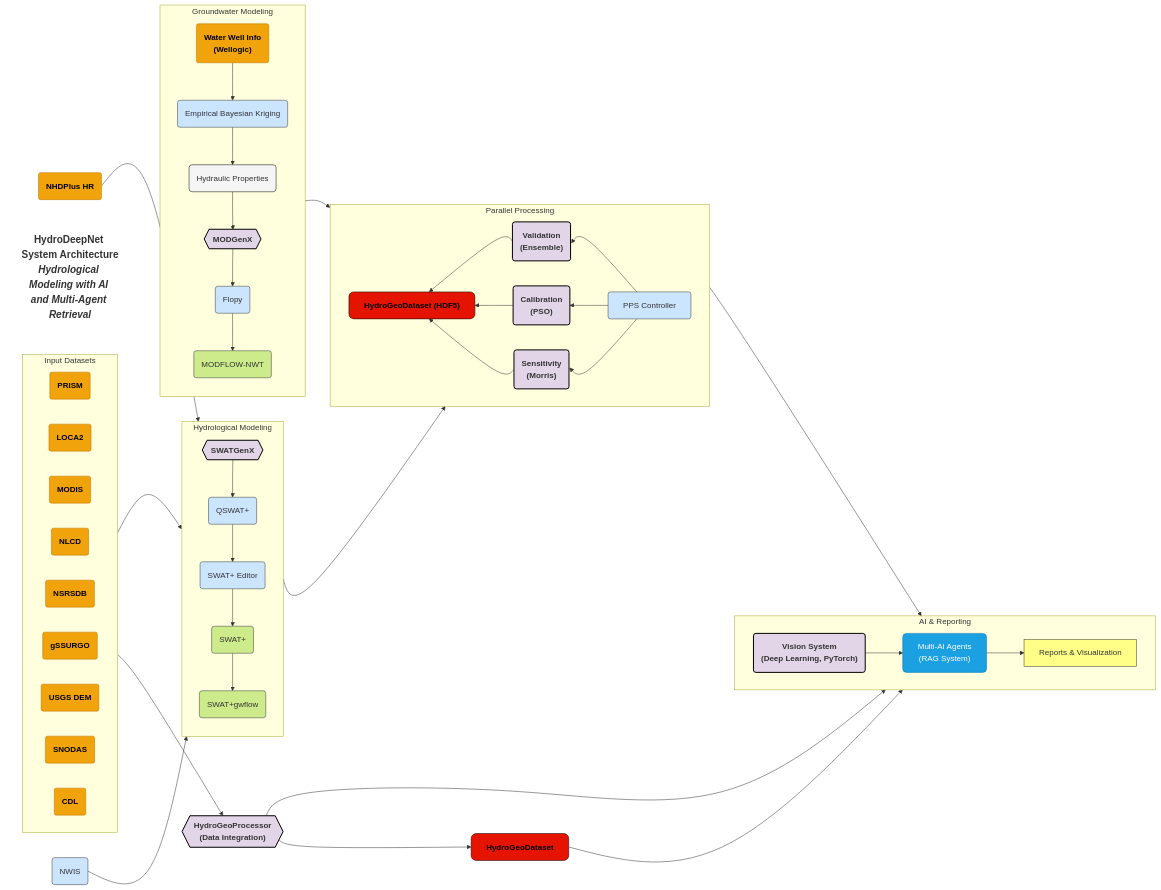
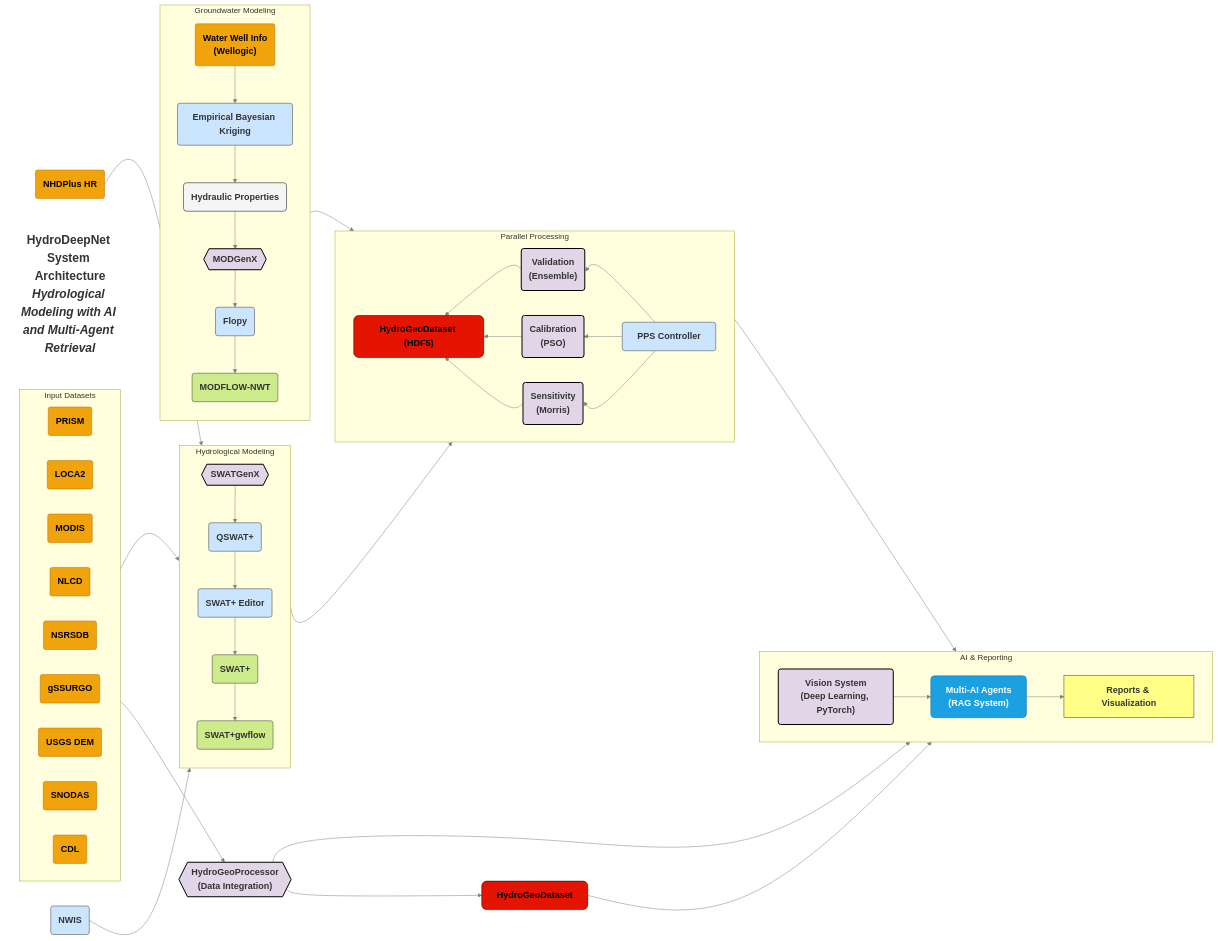
The diagram in README.md (VahidMSU/HydroDeepNet), drawn with Mermaid before and after one commit.

Commit message:
Fix Mermaid rendering issue

````diff
--- a/README.md
+++ b/README.md
@@ -124,13 +124,14 @@
     MultiAI --> Reports
 
     %% STYLING
-    classDef title font-size:20px,fill:none,stroke:none,font-weight:bold,text-align:center
-    classDef developed fill:#e1d5e7,stroke:#000000,stroke-width:2px,rx:5,ry:5,font-weight:bold
-    classDef existing fill:#cce5ff,stroke:#36393d,stroke-width:1px,rx:5,ry:5
-    classDef models fill:#cdeb8b,stroke:#36393d,stroke-width:1px,rx:5,ry:5
-    classDef datasource fill:#f0a30a,stroke:#BD7000,stroke-width:1px,rx:4,ry:4,color:#000000,font-weight:bold
-    classDef process fill:#f5f5f5,stroke:#000000,stroke-width:1px,rx:6,ry:6
-    classDef storage fill:#e51400,stroke:#000000,stroke-width:1px,rx:10,ry:10,color:#000000,font-weight:bold
-    classDef llm fill:#1ba1e2,stroke:#006EAF,stroke-width:1px,rx:8,ry:8,color:white
-    classDef document fill:#ffff88,stroke:#36393d,stroke-width:1px
+    classDef title font-size:24px,fill:none,stroke:none,font-weight:bold,text-align:center
+    classDef developed font-size:18px,fill:#e1d5e7,stroke:#000000,stroke-width:2px,rx:5,ry:5,font-weight:bold
+    classDef existing font-size:18px,fill:#cce5ff,stroke:#36393d,stroke-width:1px,rx:5,ry:5,font-weight:bold
+    classDef models font-size:18px,fill:#cdeb8b,stroke:#36393d,stroke-width:1px,rx:5,ry:5,font-weight:bold
+    classDef datasource font-size:18px,fill:#f0a30a,stroke:#BD7000,stroke-width:1px,rx:4,ry:4,color:#000000,font-weight:bold
+    classDef process font-size:18px,fill:#f5f5f5,stroke:#000000,stroke-width:1px,rx:6,ry:6,font-weight:bold
+    classDef storage font-size:18px,fill:#e51400,stroke:#000000,stroke-width:1px,rx:10,ry:10,color:#000000,font-weight:bold
+    classDef llm font-size:18px,fill:#1ba1e2,stroke:#006EAF,stroke-width:1px,rx:8,ry:8,color:white,font-weight:bold
+    classDef document font-size:18px,fill:#ffff88,stroke:#36393d,stroke-width:1px,font-weight:bold
+    linkStyle default stroke:gray;
 ```
````
